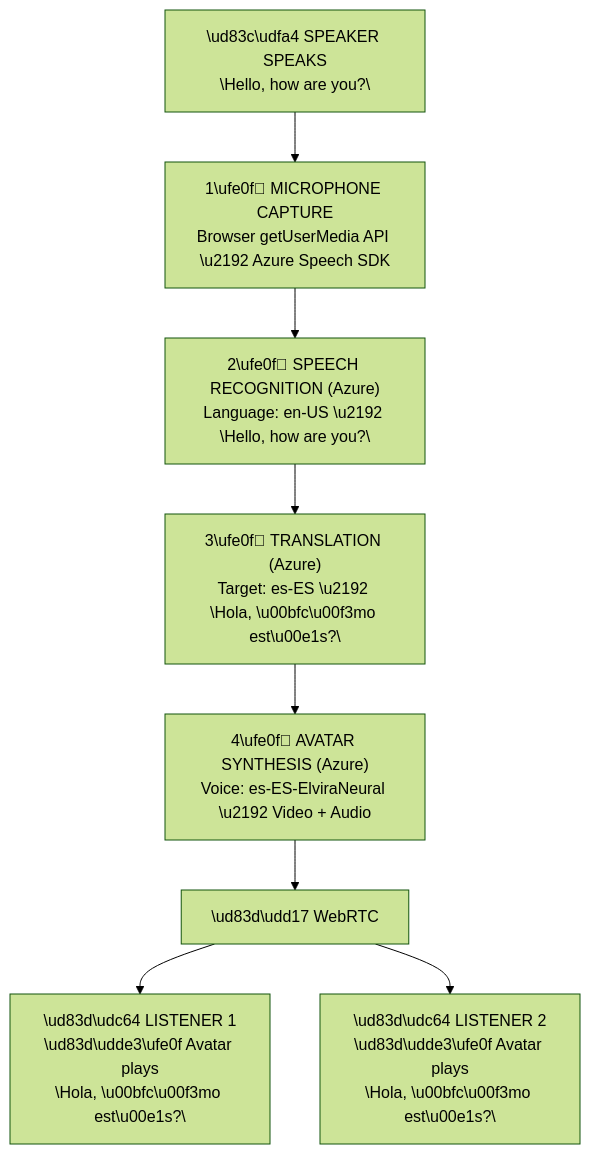
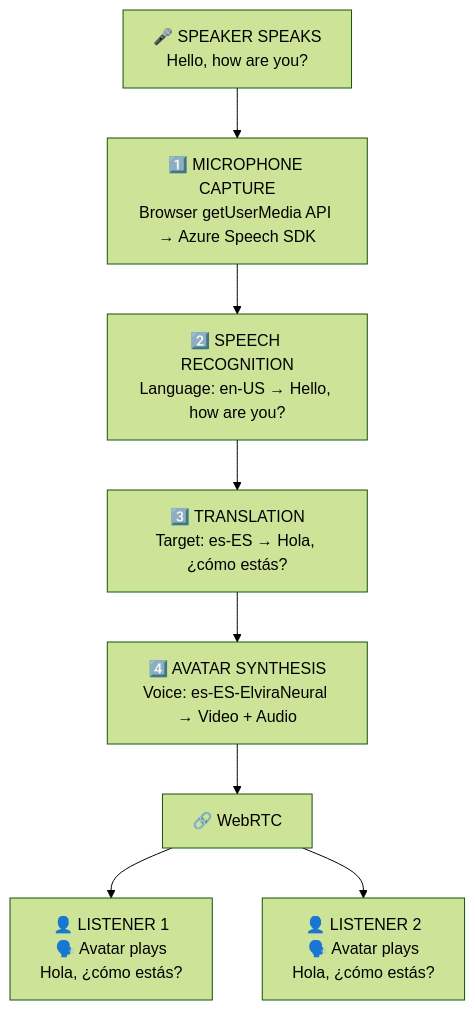
The ninth of 10 diagrams in docs/1-ARCHITECTURE.md (l-sudarsan/avatar-translation), drawn with Mermaid (forest theme) before and after one commit. The commit also changed other lines of this file and 3 other files, not shown here.

First line of the commit message:
architecture

````diff
--- a/docs/1-ARCHITECTURE.md
+++ b/docs/1-ARCHITECTURE.md
@@ -194,21 +194,21 @@
 ```mermaid
 flowchart TD
-    A["\ud83c\udfa4 SPEAKER SPEAKS<br/>\"Hello, how are you?\""]
+    A["🎤 SPEAKER SPEAKS<br/>Hello, how are you?"]
     
-    B["1\ufe0f⃣ MICROPHONE CAPTURE<br/>Browser getUserMedia API \u2192 Azure Speech SDK"]
+    B["1️⃣ MICROPHONE CAPTURE<br/>Browser getUserMedia API → Azure Speech SDK"]
     
-    C["2\ufe0f⃣ SPEECH RECOGNITION (Azure)<br/>Language: en-US \u2192 \"Hello, how are you?\""]
+    C["2️⃣ SPEECH RECOGNITION<br/>Language: en-US → Hello, how are you?"]
     
-    D["3\ufe0f⃣ TRANSLATION (Azure)<br/>Target: es-ES \u2192 \"Hola, \u00bfc\u00f3mo est\u00e1s?\""]
+    D["3️⃣ TRANSLATION<br/>Target: es-ES → Hola, ¿cómo estás?"]
     
-    E["4\ufe0f⃣ AVATAR SYNTHESIS (Azure)<br/>Voice: es-ES-ElviraNeural \u2192 Video + Audio"]
+    E["4️⃣ AVATAR SYNTHESIS<br/>Voice: es-ES-ElviraNeural → Video + Audio"]
     
-    F["\ud83d\udd17 WebRTC"]
+    F["🔗 WebRTC"]
     
-    G["\ud83d\udc64 LISTENER 1<br/>\ud83d\udde3\ufe0f Avatar plays<br/>\"Hola, \u00bfc\u00f3mo est\u00e1s?\""]
-    H["\ud83d\udc64 LISTENER 2<br/>\ud83d\udde3\ufe0f Avatar plays<br/>\"Hola, \u00bfc\u00f3mo est\u00e1s?\""]
+    G["👤 LISTENER 1<br/>🗣️ Avatar plays<br/>Hola, ¿cómo estás?"]
+    H["👤 LISTENER 2<br/>🗣️ Avatar plays<br/>Hola, ¿cómo estás?"]
     
     A --> B --> C --> D --> E --> F
     F --> G
     F --> H
 ```
````
